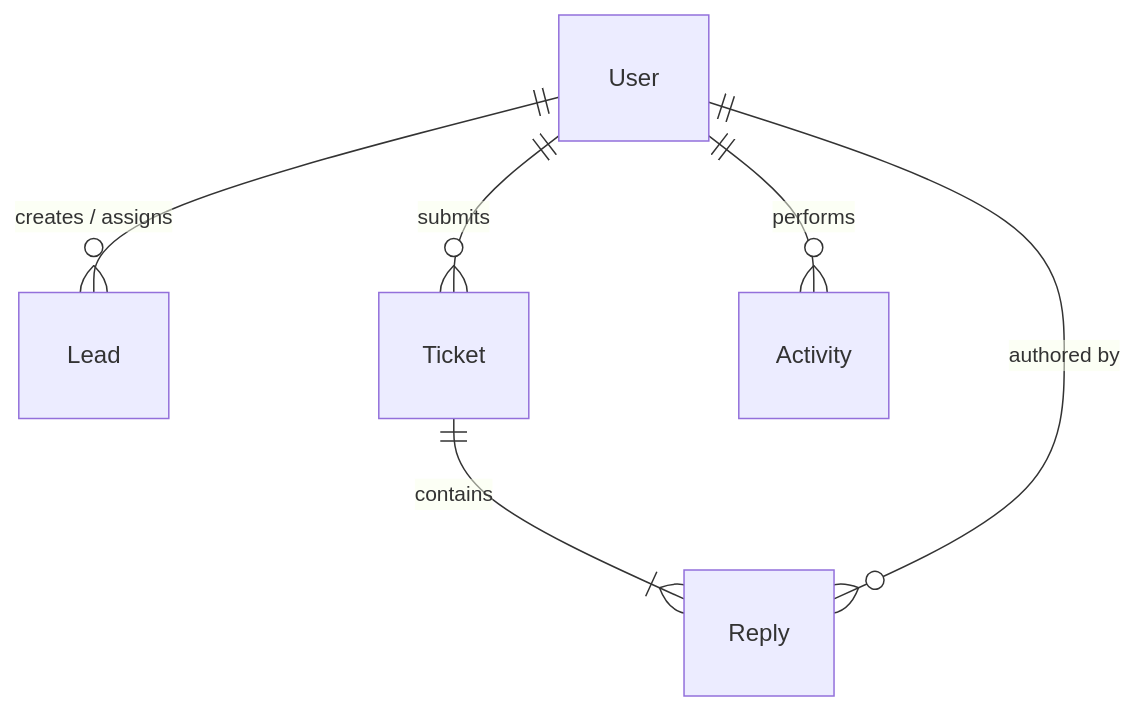
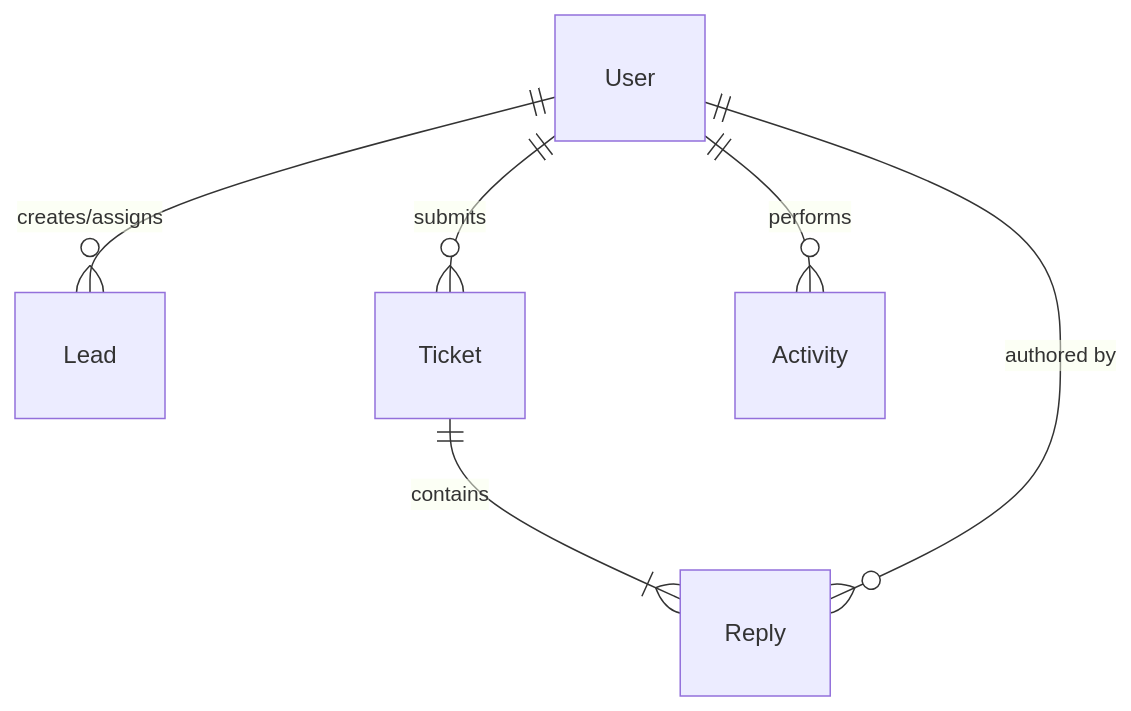
Before and after one commit to YASHASVI0422/AffiliateCRM: the diagram in README.md, drawn with Mermaid. The commit also changed other lines of this file, not shown here.

````diff
--- a/README.md
+++ b/README.md
@@ -96,8 +67,8 @@
 ```mermaid
 erDiagram
-    User ||--o{ Lead : "creates / assigns"
+    User ||--o{ Lead : "creates/assigns"
     User ||--o{ Ticket : "submits"
     User ||--o{ Activity : "performs"
     Ticket ||--|{ Reply : "contains"
     Reply }o--|| User : "authored by"
 ```
````
